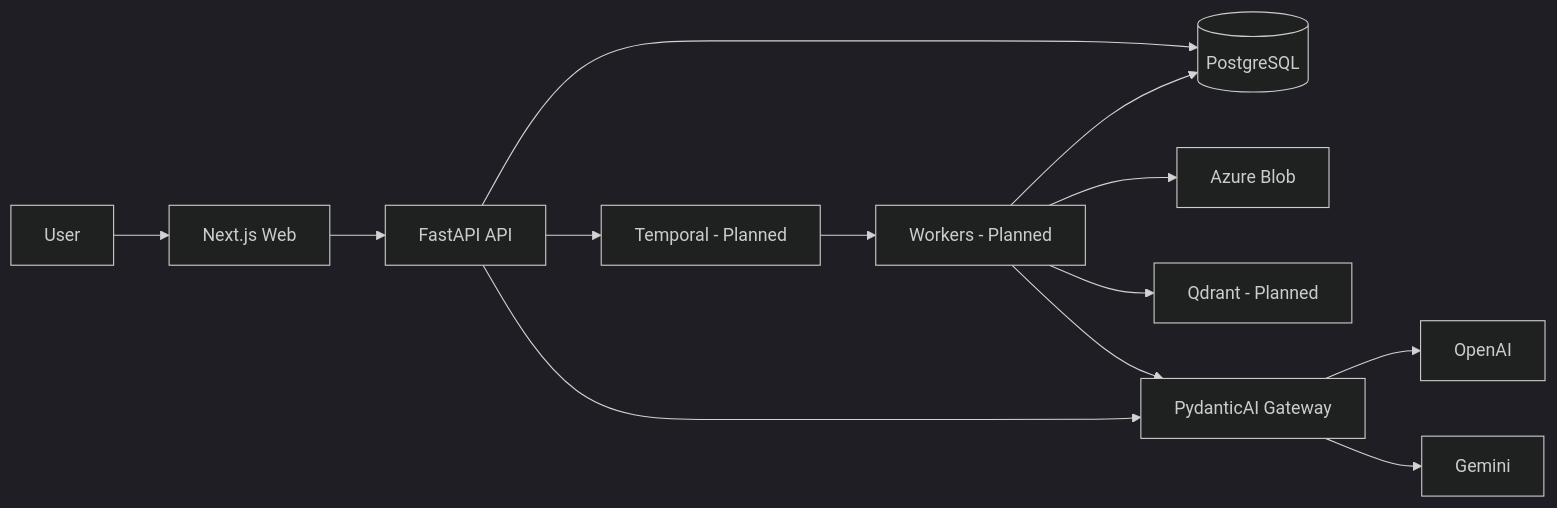
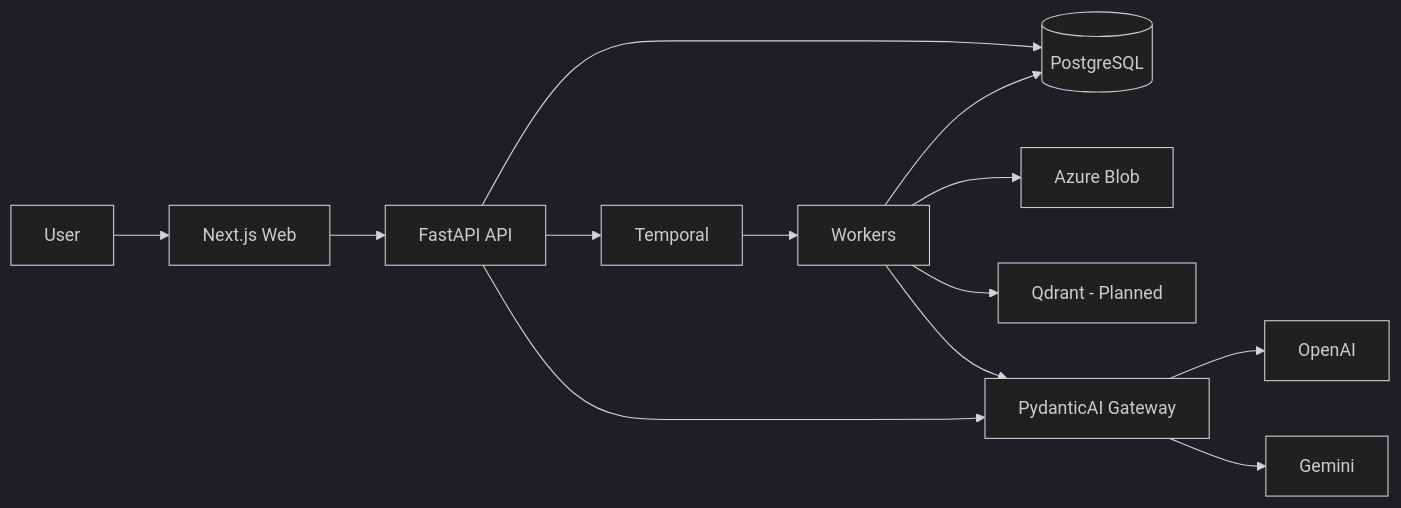
Before and after one commit to nahyan0077/knowledge-os: the first of 2 diagrams in .ai/ARCHITECTURE.md, drawn with Mermaid (dark theme). The commit also changed other lines of this file and 27 other files, not shown here.

````diff
--- a/.ai/ARCHITECTURE.md
+++ b/.ai/ARCHITECTURE.md
@@ -17,15 +17,15 @@
 ```mermaid
 flowchart LR
     User --> Web[Next.js Web]
     Web --> API[FastAPI API]
     API --> PG[(PostgreSQL)]
-    API --> Temporal[Temporal - Planned]
-    Temporal --> Workers[Workers - Planned]
+    API --> Temporal[Temporal]
+    Temporal --> Workers[Workers]
     Workers --> PG
     Workers --> Blob[Azure Blob]
     Workers --> Qdrant[Qdrant - Planned]
     API --> AI[PydanticAI Gateway]
     Workers --> AI
     AI --> OpenAI
     AI --> Gemini
 ```
````
